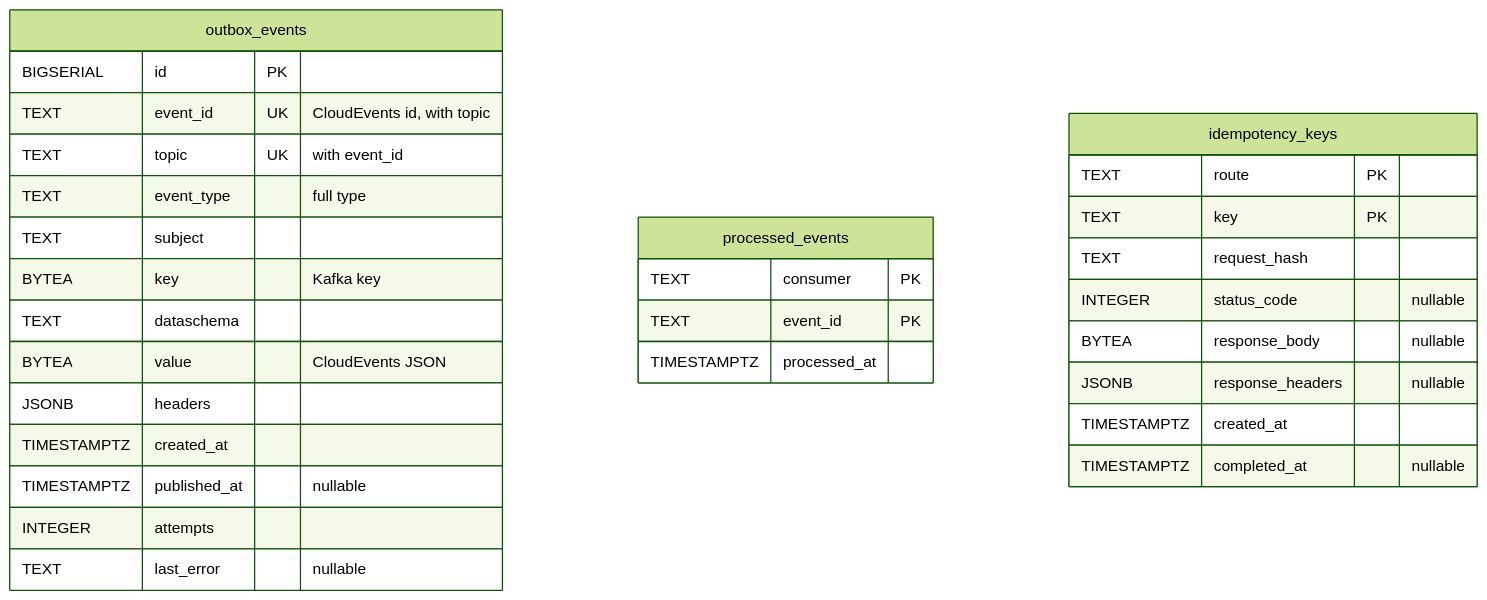
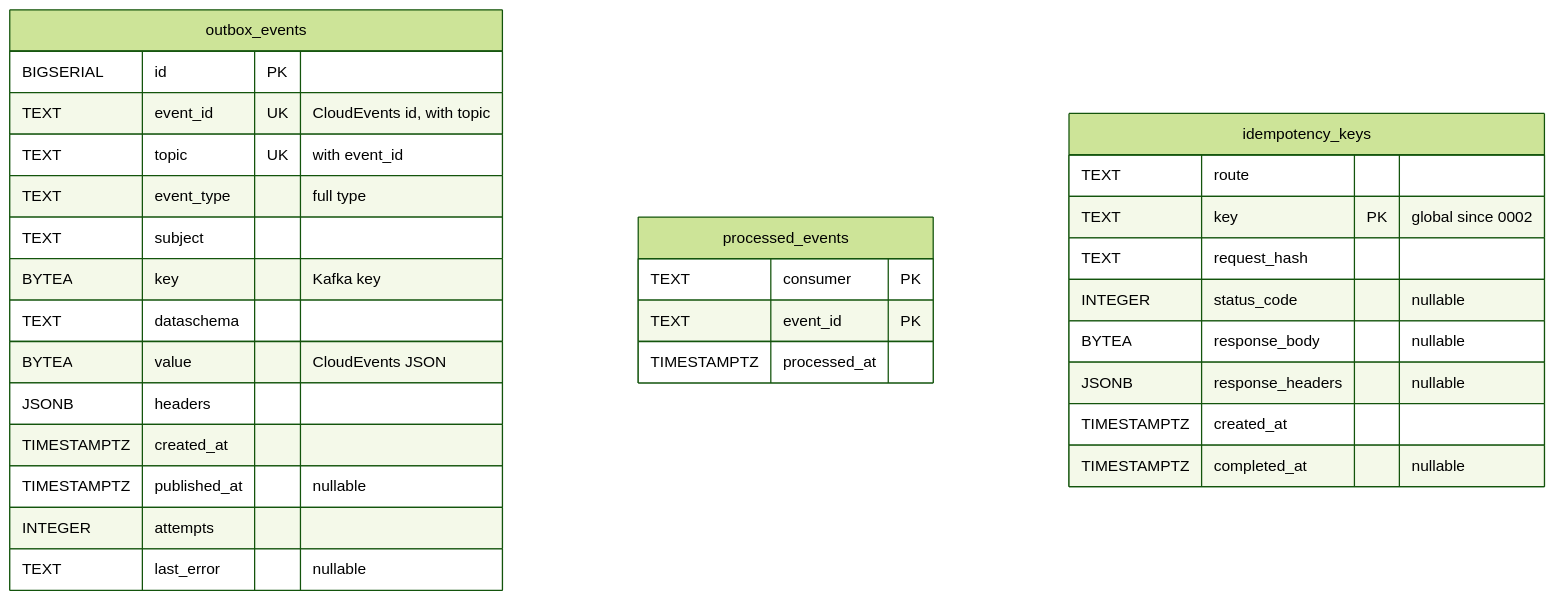
Before and after one commit to IQVO/shipping-and-tracking: the fourth of 5 diagrams in docs/docs/ddd/entity-relationship.md, drawn with Mermaid (forest theme). The commit also changed other lines of this file and 4 other files, not shown here.

Commit message:
docs: add analytics tables and migration 0002 to ER page, runbook and architecture

````diff
--- a/docs/docs/ddd/entity-relationship.md
+++ b/docs/docs/ddd/entity-relationship.md
@@ -104,33 +104,33 @@
 ```mermaid
 erDiagram
     outbox_events {
         BIGSERIAL id PK
         TEXT event_id UK "CloudEvents id, with topic"
         TEXT topic UK "with event_id"
         TEXT event_type "full type"
         TEXT subject
         BYTEA key "Kafka key"
         TEXT dataschema
         BYTEA value "CloudEvents JSON"
         JSONB headers
         TIMESTAMPTZ created_at
         TIMESTAMPTZ published_at "nullable"
         INTEGER attempts
         TEXT last_error "nullable"
     }
     processed_events {
         TEXT consumer PK
         TEXT event_id PK
         TIMESTAMPTZ processed_at
     }
     idempotency_keys {
-        TEXT route PK
-        TEXT key PK
+        TEXT route
+        TEXT key PK "global since 0002"
         TEXT request_hash
         INTEGER status_code "nullable"
         BYTEA response_body "nullable"
         JSONB response_headers "nullable"
         TIMESTAMPTZ created_at
         TIMESTAMPTZ completed_at "nullable"
     }
 ```
````
